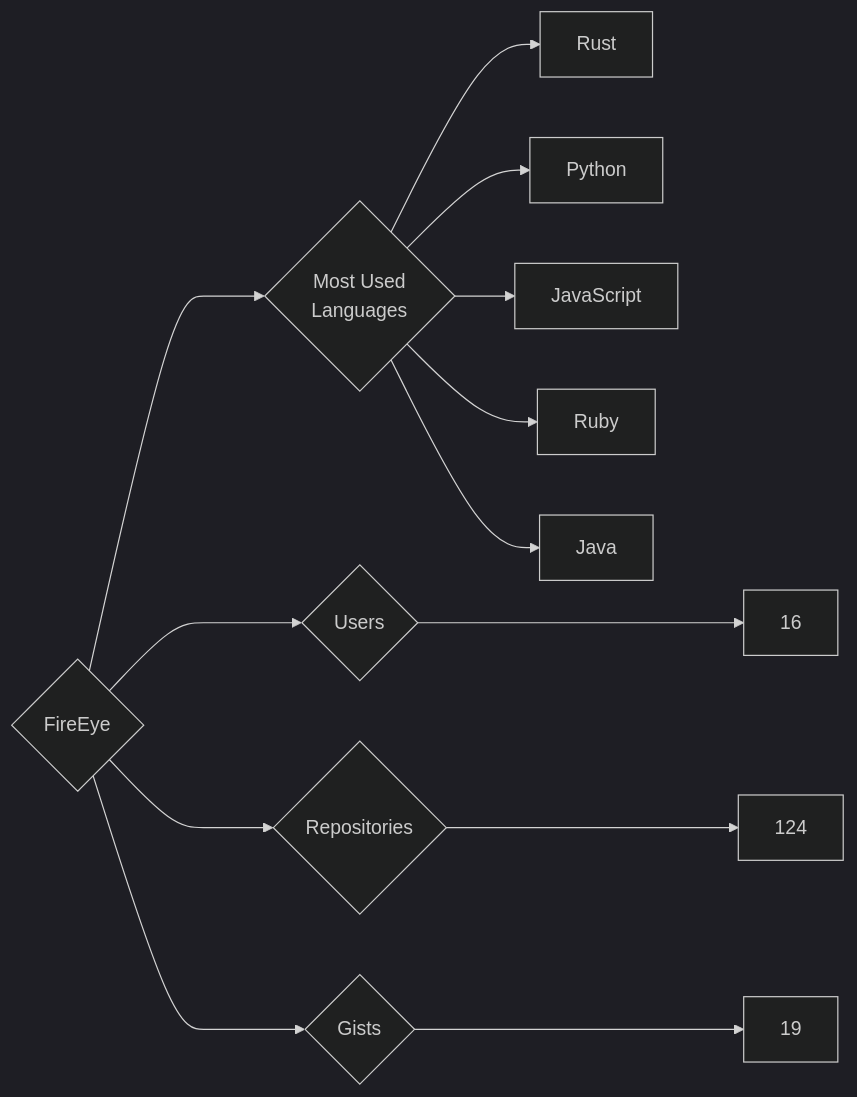
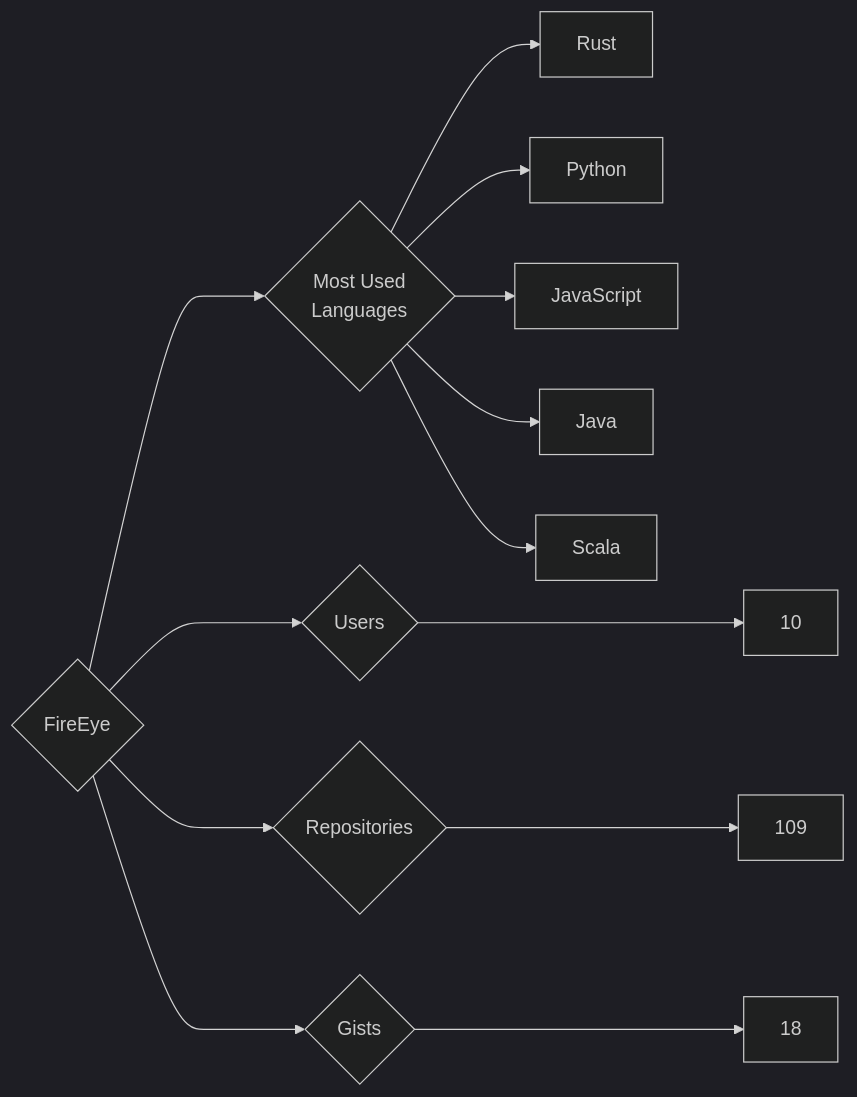
Before and after one commit to trickest/insiders: the diagram in targets/FireEye/README.md, drawn with Mermaid (dark theme). The commit also changed 840 other files, not shown here.

````diff
--- a/targets/FireEye/README.md
+++ b/targets/FireEye/README.md
@@ -3,13 +3,13 @@
 ```mermaid
 graph LR
 COMPANY_NAME{FireEye}
-COMPANY_NAME ---> U{Users} ---> UN[16]
-COMPANY_NAME ---> R{Repositories} ---> RN[124]
-COMPANY_NAME ---> G{Gists} ---> GN[19]
+COMPANY_NAME ---> U{Users} ---> UN[10]
+COMPANY_NAME ---> R{Repositories} ---> RN[109]
+COMPANY_NAME ---> G{Gists} ---> GN[18]
 COMPANY_NAME ---> ML{Most Used<br>Languages}
 ML --> Rust[Rust]
 ML --> Python[Python]
 ML --> JavaScript[JavaScript]
-ML --> Ruby[Ruby]
 ML --> Java[Java]
+ML --> Scala[Scala]
 ```
````
